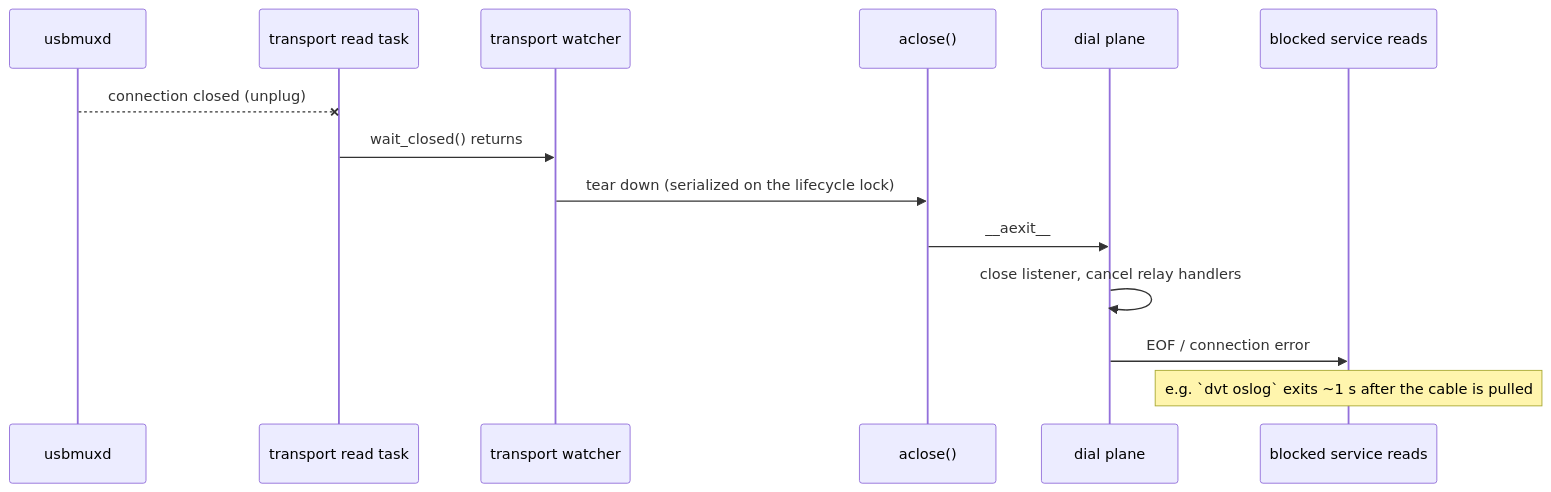
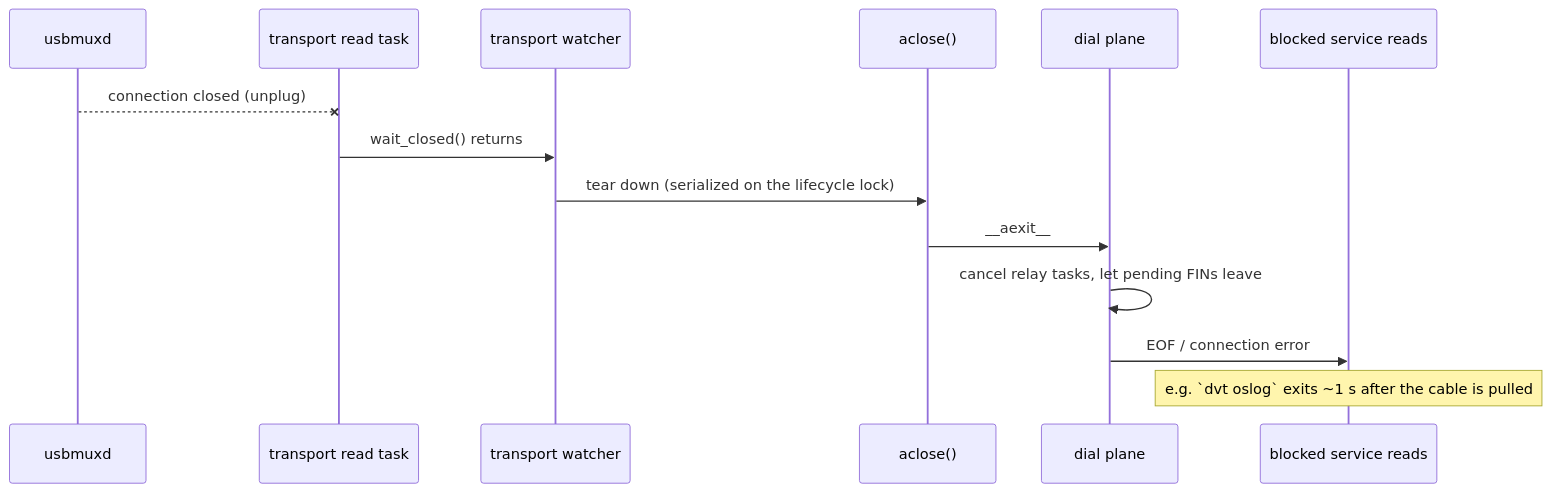
Before and after one commit to doronz88/pymobiledevice3: the sixth of 7 diagrams in docs/guides/network-stacks.md, drawn with Mermaid. The commit also changed other lines of this file and 18 other files, not shown here.

````diff
--- a/docs/guides/network-stacks.md
+++ b/docs/guides/network-stacks.md
@@ -173,17 +183,17 @@
 ```mermaid
 sequenceDiagram
     participant U as usbmuxd
     participant T as transport read task
     participant W as transport watcher
     participant A as aclose()
     participant DP as dial plane
     participant S as blocked service reads
 
     U--xT: connection closed (unplug)
     T->>W: wait_closed() returns
     W->>A: tear down (serialized on the lifecycle lock)
     A->>DP: __aexit__
-    DP->>DP: close listener, cancel relay handlers
+    DP->>DP: cancel relay tasks, let pending FINs leave
     DP->>S: EOF / connection error
     Note over S: e.g. `dvt oslog` exits ~1 s after the cable is pulled
 ```
````
